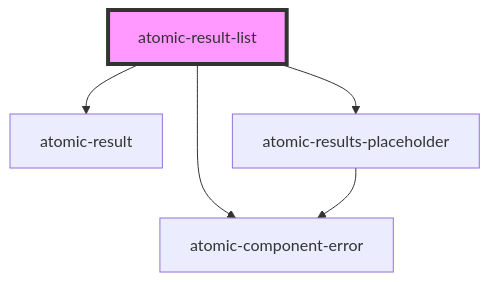
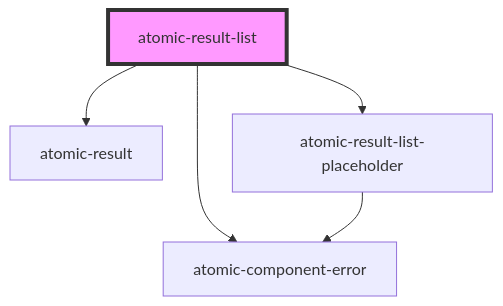
One commit to coveo/ui-kit changed the diagram in packages/atomic/src/components/atomic-result-list/readme.md. Above: the diagram before and after it, drawn with Mermaid. The commit also changed other lines of this file and 6 other files, not shown here.

First line of the commit message:
rename to atomic-result-list-placeholder

````diff
--- a/packages/atomic/src/components/atomic-result-list/readme.md
+++ b/packages/atomic/src/components/atomic-result-list/readme.md
@@ -24,8 +24,8 @@
 ```mermaid
 graph TD;
   atomic-result-list --> atomic-result
-  atomic-result-list --> atomic-results-placeholder
+  atomic-result-list --> atomic-result-list-placeholder
   atomic-result-list --> atomic-component-error
-  atomic-results-placeholder --> atomic-component-error
+  atomic-result-list-placeholder --> atomic-component-error
   style atomic-result-list fill:#f9f,stroke:#333,stroke-width:4px
 ```
````
